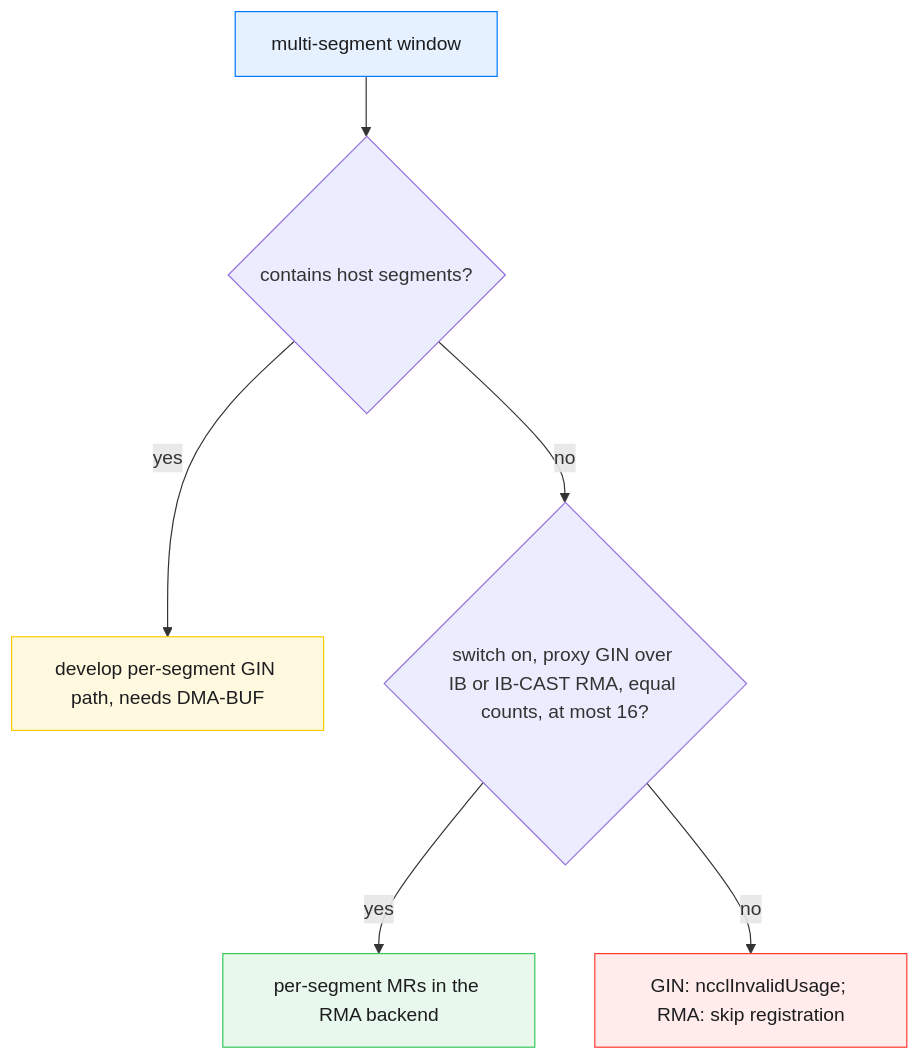
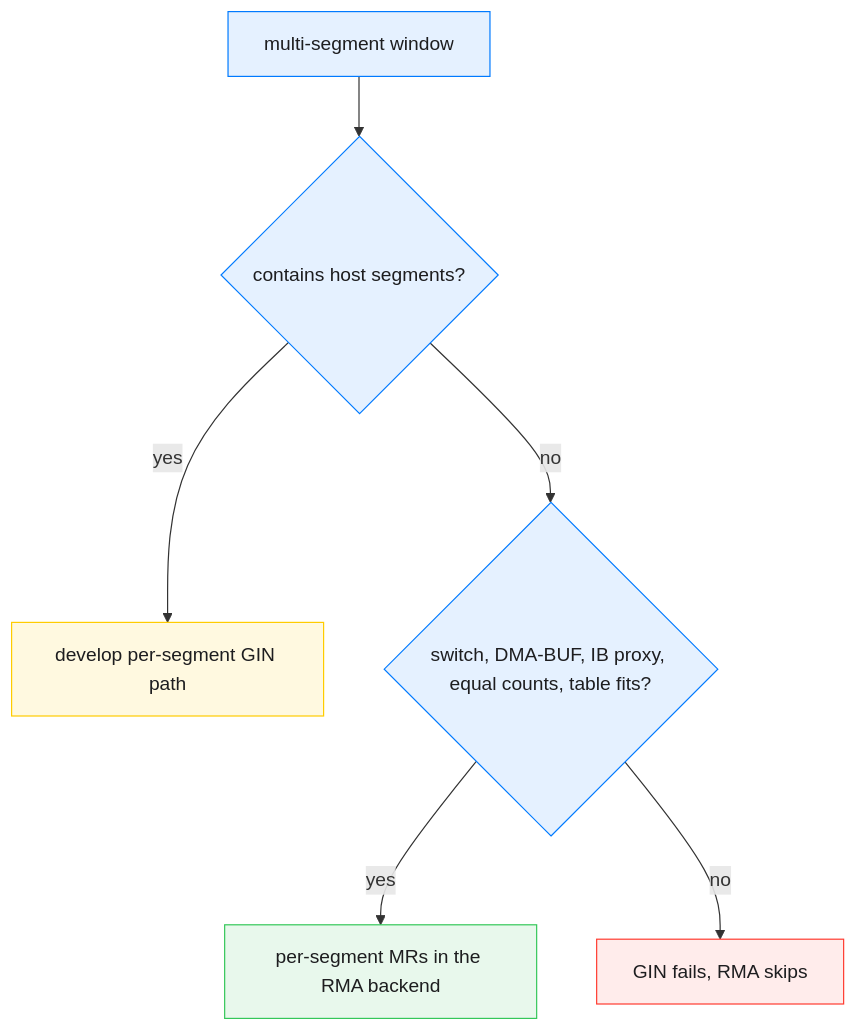
The sixth of 6 diagrams in projects/rccl/docs/design/multi_segment_gin_rma.md (ROCm/rocm-systems), drawn with Mermaid before and after one commit. The commit also changed other lines of this file and 16 other files, not shown here.

````diff
--- a/projects/rccl/docs/design/multi_segment_gin_rma.md
+++ b/projects/rccl/docs/design/multi_segment_gin_rma.md
@@ -218,17 +204,17 @@
 ```mermaid
 %% caption: Window gates: which multi-segment windows reach the RMA backend
 flowchart TD
  w["multi-segment window"] --> sys{"contains host segments?"}
- sys -->|yes| dev["develop per-segment GIN path, needs DMA-BUF"]
- sys -->|no| g{"switch on, proxy GIN over IB or IB-CAST RMA, equal counts, at most 16?"}
+ sys -->|yes| dev["develop per-segment GIN path"]
+ sys -->|no| g{"switch, DMA-BUF, IB proxy, equal counts, table fits?"}
  g -->|yes| mrs["per-segment MRs in the RMA backend"]
- g -->|no| inv["GIN: ncclInvalidUsage; RMA: skip registration"]
+ g -->|no| inv["GIN fails, RMA skips"]
  classDef gin fill:#e5f1ff,stroke:#007aff,color:#1d1d1f
  classDef okpath fill:#e8f8ec,stroke:#34c759,color:#1d1d1f
  classDef stagepath fill:#fff9e0,stroke:#ffcc00,color:#1d1d1f
  classDef failpath fill:#ffeceb,stroke:#ff3b30,color:#1d1d1f
- class w gin
+ class w,sys,g gin
  class mrs okpath
  class dev stagepath
  class inv failpath
 ```
````
